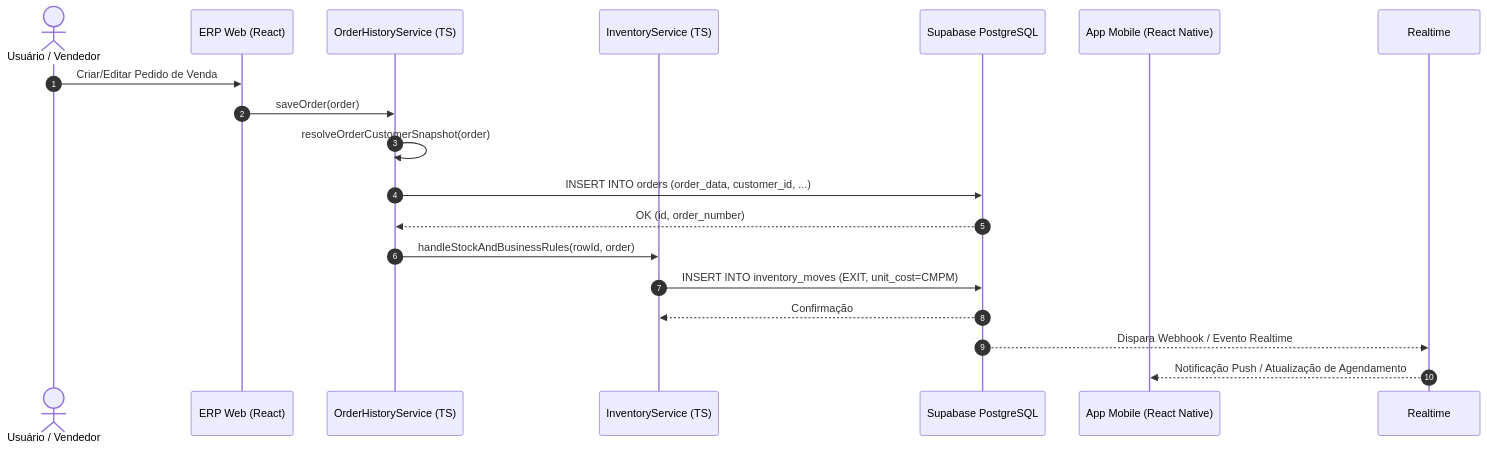
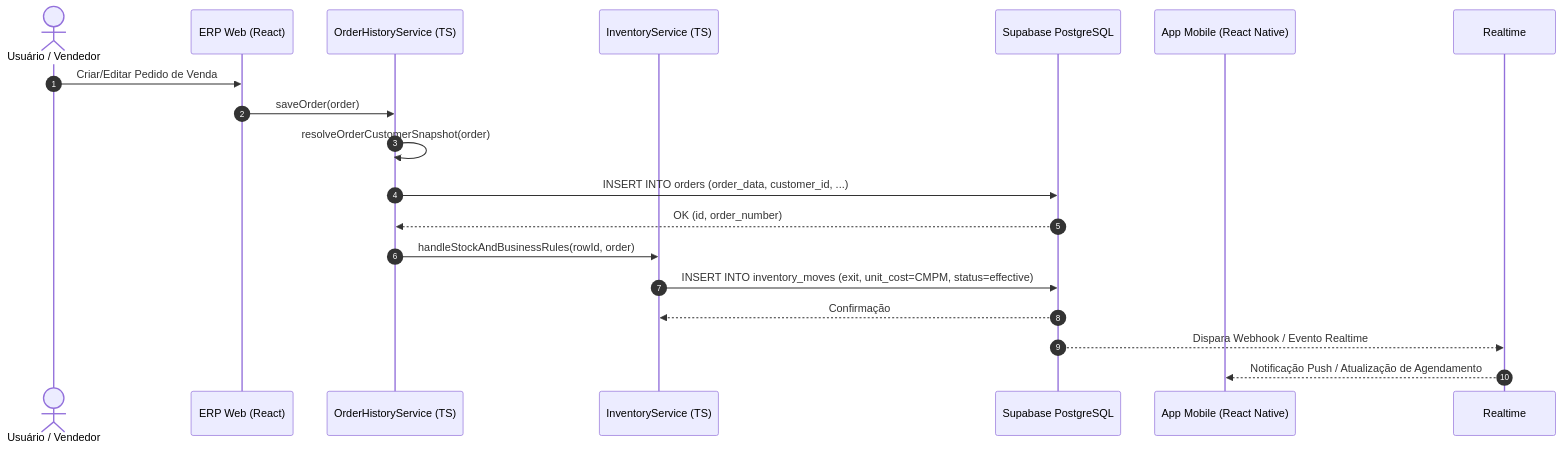
The second of 2 diagrams in docs/arquitetura/modulos-e-cooperacao.md (matheusmorante/moveismorantehub), drawn with Mermaid before and after one commit. The commit also changed other lines of this file and 301 other files, not shown here.

````diff
--- a/docs/arquitetura/modulos-e-cooperacao.md
+++ b/docs/arquitetura/modulos-e-cooperacao.md
@@ -79,21 +80,21 @@
 ```mermaid
 sequenceDiagram
     autonumber
     actor Usuario as Usuário / Vendedor
     participant ERP as ERP Web (React)
     participant Service as OrderHistoryService (TS)
     participant Inventory as InventoryService (TS)
     participant DB as Supabase PostgreSQL
     participant Mobile as App Mobile (React Native)
 
     Usuario->>ERP: Criar/Editar Pedido de Venda
     ERP->>Service: saveOrder(order)
     Service->>Service: resolveOrderCustomerSnapshot(order)
     Service->>DB: INSERT INTO orders (order_data, customer_id, ...)
     DB-->>Service: OK (id, order_number)
     Service->>Inventory: handleStockAndBusinessRules(rowId, order)
-    Inventory->>DB: INSERT INTO inventory_moves (EXIT, unit_cost=CMPM)
+    Inventory->>DB: INSERT INTO inventory_moves (exit, unit_cost=CMPM, status=effective)
     DB-->>Inventory: Confirmação
     DB-->>Realtime: Dispara Webhook / Evento Realtime
     Realtime-->>Mobile: Notificação Push / Atualização de Agendamento
 ```
````
